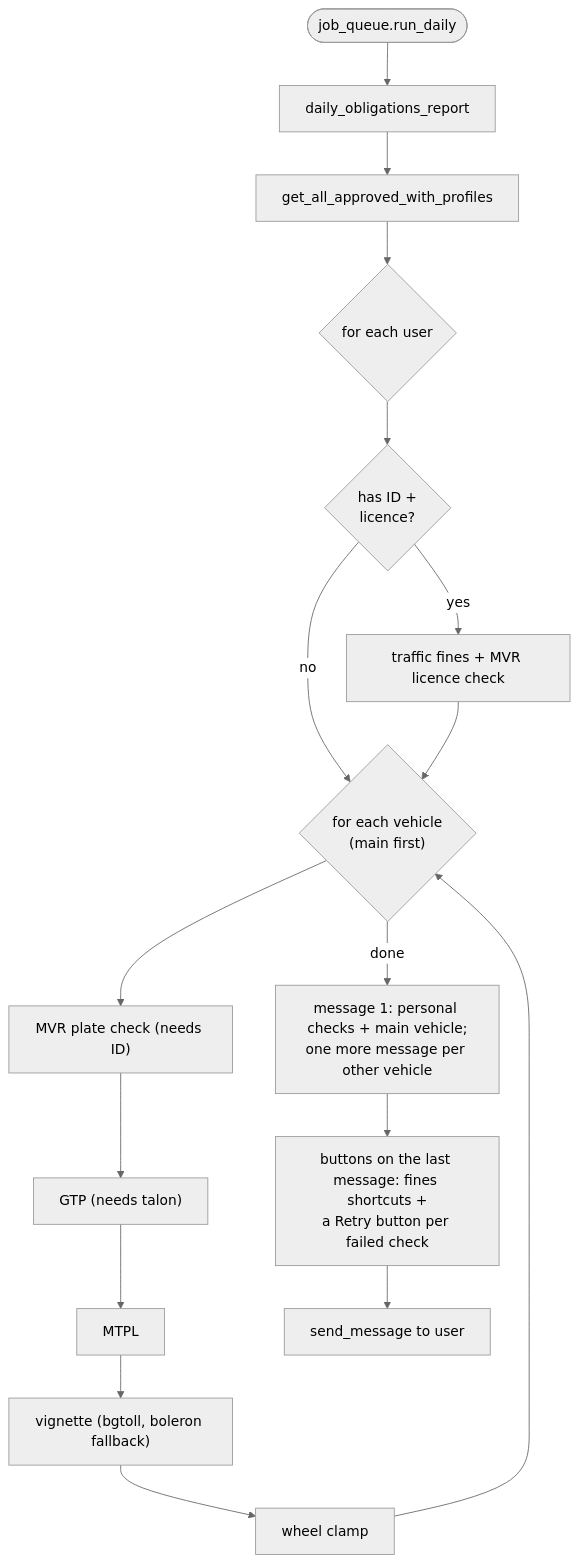
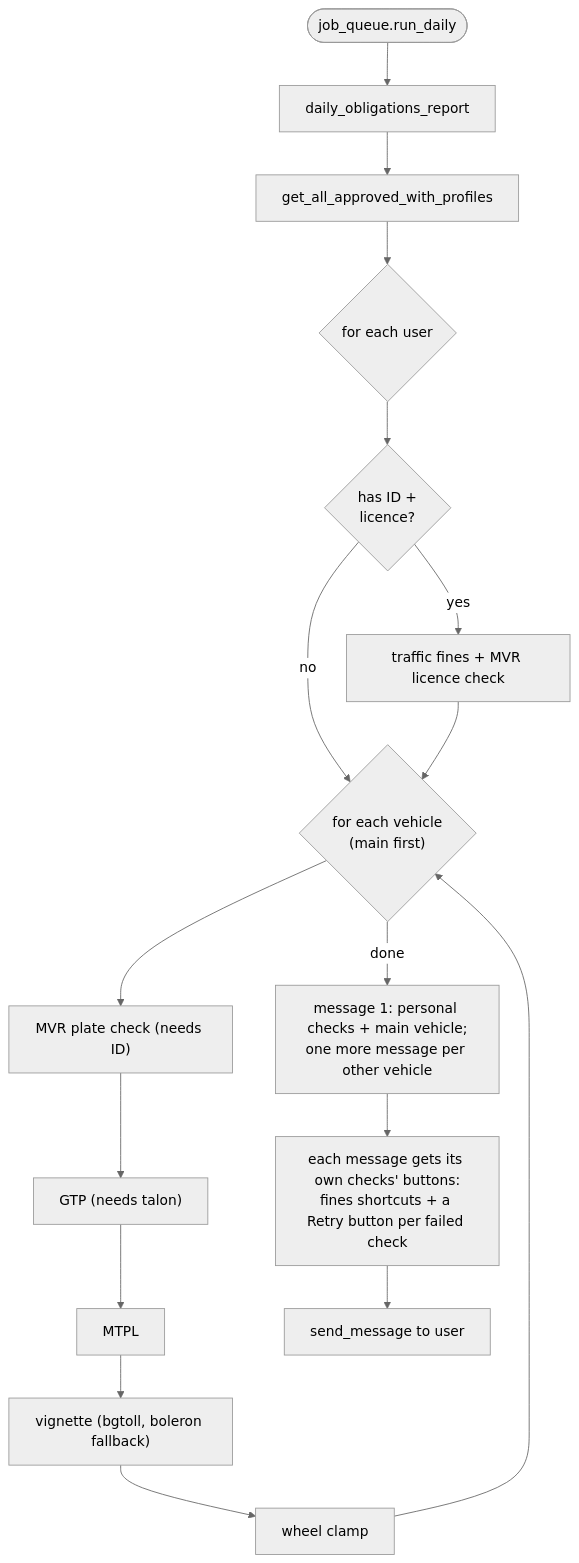
Before and after one commit to SecDevOpsPro/notify-telegram-bot: the eighth of 9 diagrams in docs/plan.md, drawn with Mermaid (neutral theme). The commit also changed 4 other files, not shown here.

````diff
--- a/docs/plan.md
+++ b/docs/plan.md
@@ -257,19 +257,19 @@
 ```mermaid
 flowchart TD
     T(["job_queue.run_daily"]) --> J["daily_obligations_report"]
     J --> Q["get_all_approved_with_profiles"]
     Q --> U{"for each user"}
     U --> LIC{"has ID +<br/>licence?"}
     LIC -- yes --> F["traffic fines + MVR licence check"]
     LIC -- no --> V
     F --> V{"for each vehicle<br/>(main first)"}
     V --> P["MVR plate check (needs ID)"]
     P --> G["GTP (needs talon)"]
     G --> M["MTPL"]
     M --> VI["vignette (bgtoll, boleron fallback)"]
     VI --> C["wheel clamp"]
     C --> V
     V -- done --> R["message 1: personal checks + main vehicle;<br/>one more message per other vehicle"]
-    R --> K["buttons on the last message: fines shortcuts +<br/>a Retry button per failed check"]
+    R --> K["each message gets its own checks' buttons:<br/>fines shortcuts + a Retry button per failed check"]
     K --> S["send_message to user"]
 ```
````
